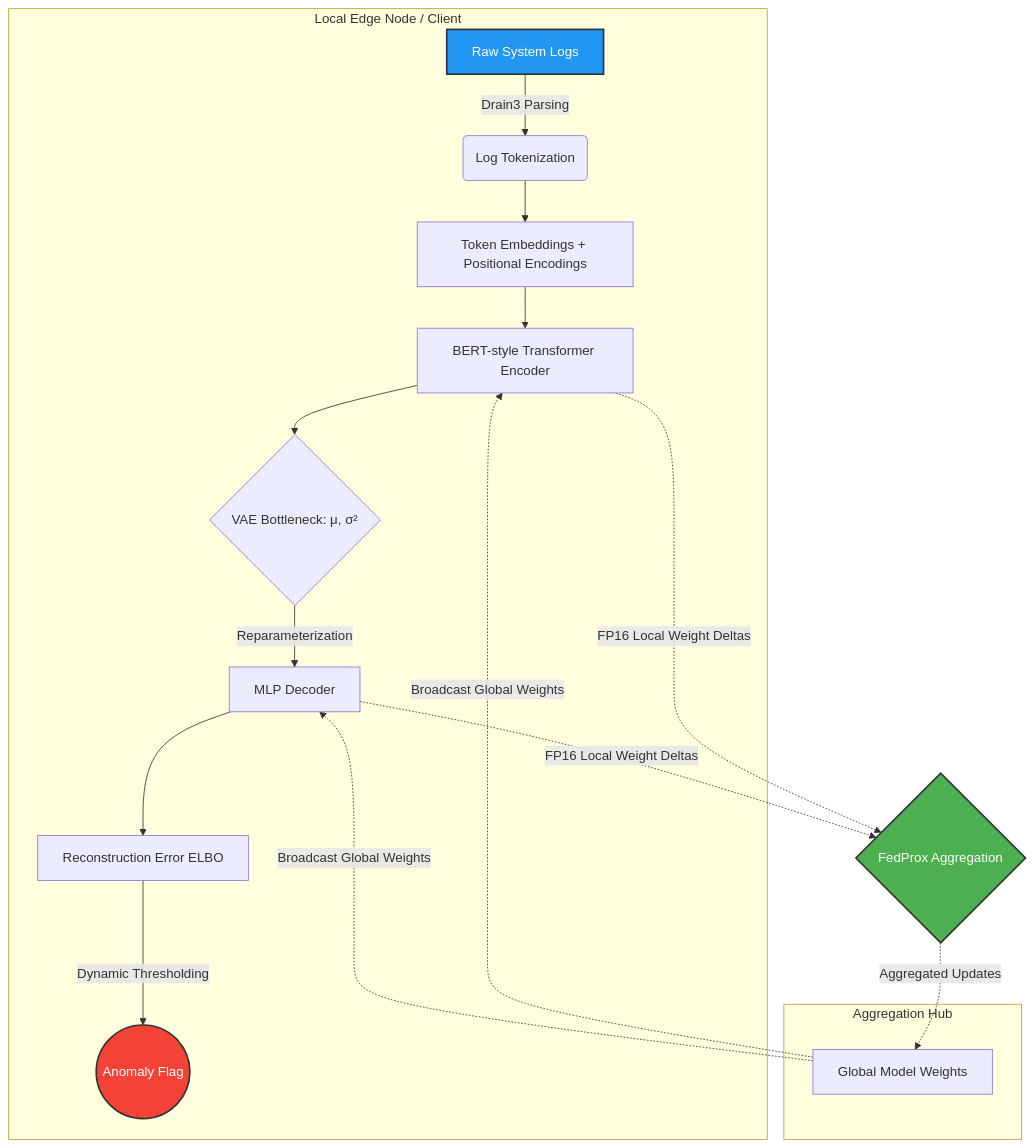
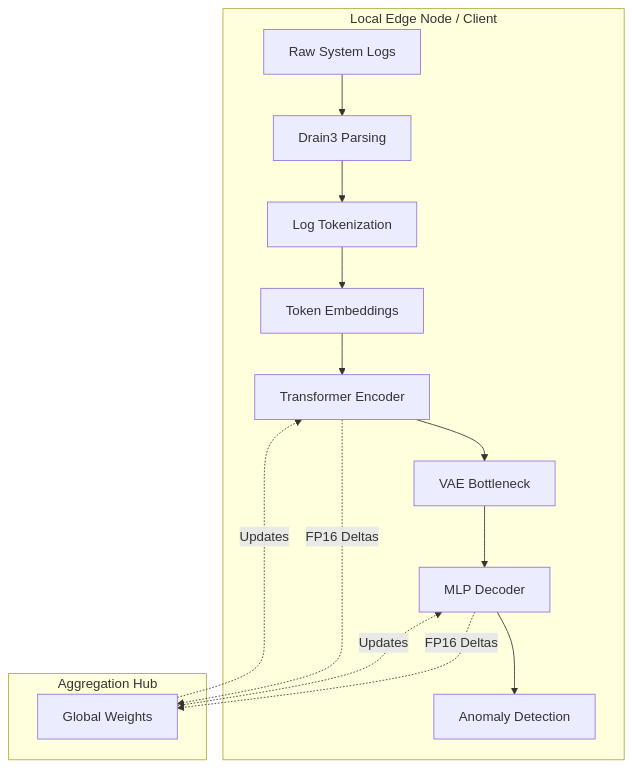
The diagram in README.md (Dharshan-K-2904/FedVAE-Trans), drawn with Mermaid before and after one commit. The commit also changed other lines of this file, not shown here.

Commit message:
fix: Simplify Mermaid diagram to fix GitHub rendering error

````diff
--- a/README.md
+++ b/README.md
@@ -21,27 +21,30 @@
 ```mermaid
 graph TD
-    subgraph Edge Client [Local Edge Node / Client]
-        A[Raw System Logs] -->|Drain3 Parsing| B(Log Tokenization)
-        B --> C[Token Embeddings + Positional Encodings]
-        C --> D[BERT-style Transformer Encoder]
-        D --> E{VAE Bottleneck: μ, σ²}
-        E -->|Reparameterization| F[MLP Decoder]
-        F --> G[Reconstruction Error ELBO]
-        G -->|Dynamic Thresholding| H((Anomaly Flag))
+    subgraph EC ["Local Edge Node / Client"]
+        A["Raw System Logs"]
+        B["Drain3 Parsing"] 
+        C["Log Tokenization"]
+        D["Token Embeddings"]
+        E["Transformer Encoder"]
+        F["VAE Bottleneck"]
+        G["MLP Decoder"]
+        H["Anomaly Detection"]
     end
     
-    subgraph Central Server [Aggregation Hub]
-        I[Global Model Weights]
+    subgraph CS ["Aggregation Hub"]
+        I["Global Weights"]
     end
     
-    D -.->|FP16 Local Weight Deltas| J{FedProx Aggregation}
-    F -.->|FP16 Local Weight Deltas| J
-    J -.->|Aggregated Updates| I
-    I -.->|Broadcast Global Weights| D
-    I -.->|Broadcast Global Weights| F
-    
-    style J fill:#4CAF50,stroke:#333,stroke-width:2px,color:#fff
-    style H fill:#f44336,stroke:#333,stroke-width:2px,color:#fff
-    style A fill:#2196F3,stroke:#333,stroke-width:2px,color:#fff
+    A --> B
+    B --> C
+    C --> D
+    D --> E
+    E --> F
+    F --> G
+    G --> H
+    E -.->|FP16 Deltas| I
+    G -.->|FP16 Deltas| I
+    I -.->|Updates| E
+    I -.->|Updates| G
 
 ```
````
